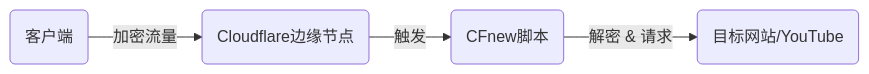
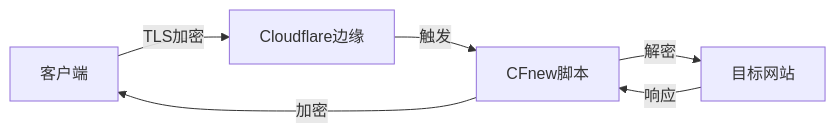
Before and after one commit to AmirrezaFarnamTaheri/mycfnew: the first of 3 diagrams in README.md, drawn with Mermaid. The commit also changed other lines of this file and 1 other file, not shown here.

First line of the commit message:
Comprehensive Documentation Overhaul (Architecture, config, analogies)

````diff
--- a/README.md
+++ b/README.md
@@ -101,6 +97,8 @@
 ```mermaid
 graph LR
-    Client(客户端) -->|加密流量| CF_Edge(Cloudflare边缘节点)
-    CF_Edge -->|触发| Worker(CFnew脚本)
-    Worker -->|解密 & 请求| Target(目标网站/YouTube)
+    Client[客户端] -->|TLS加密| CF[Cloudflare边缘]
+    CF -->|触发| Worker[CFnew脚本]
+    Worker -->|解密| Target[目标网站]
+    Target -->|响应| Worker
+    Worker -->|加密| Client
 ```
````
